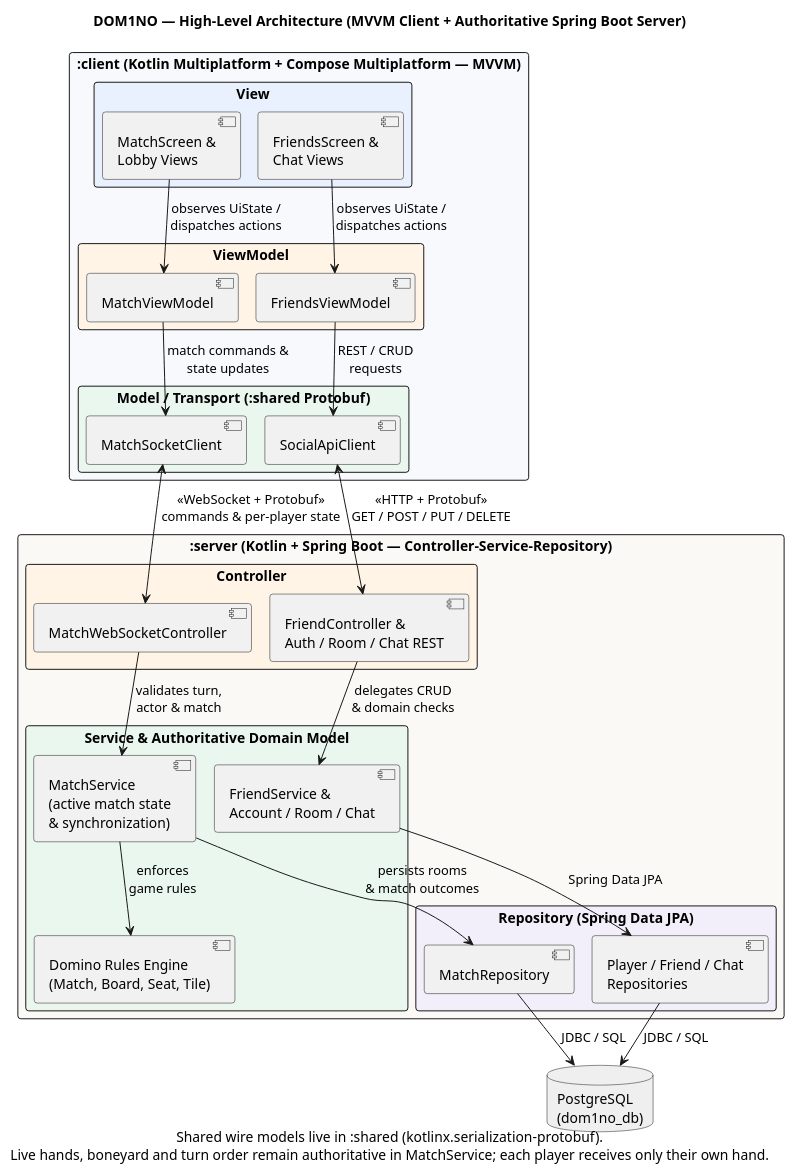
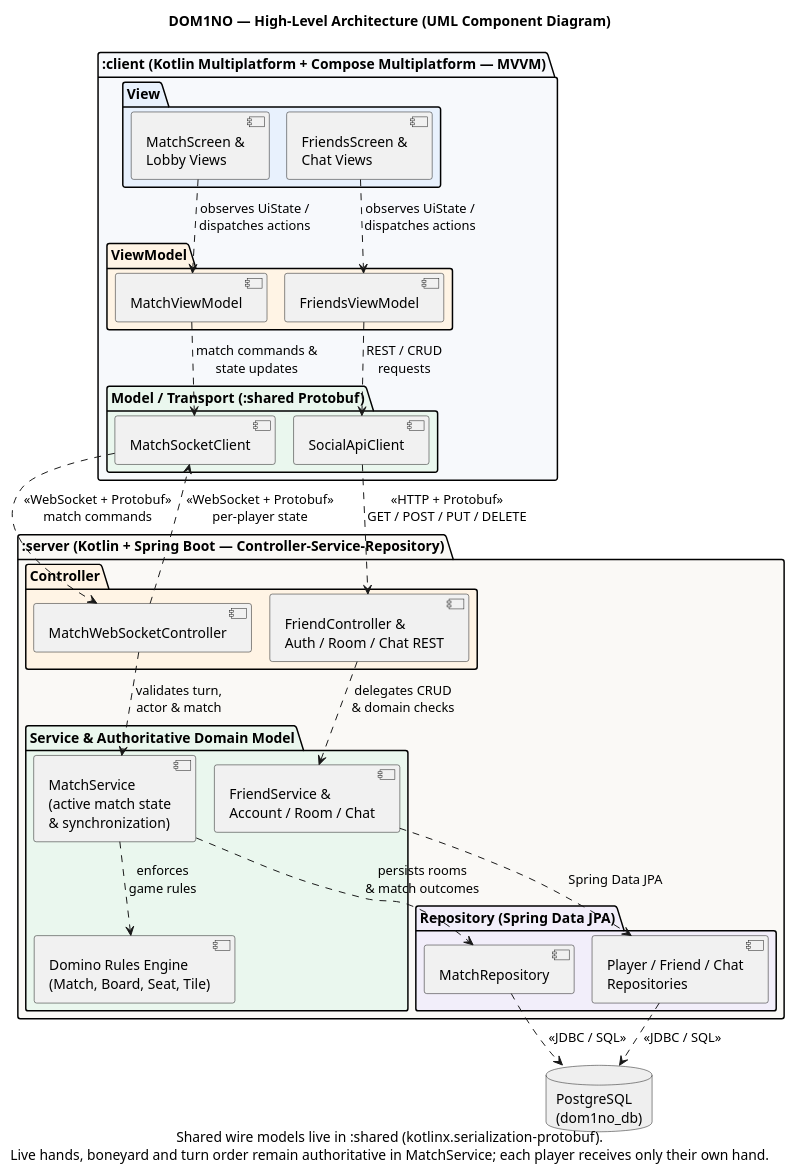
The diagram in docs/diagrams/architecture-overview.puml (fearless-dhbw/dom1no), drawn with PlantUML before and after one commit. The commit also changed 3 other files, not shown here.

Commit message:
DOM-43: align architecture overview and class diagrams with strict UML 2.5.1 notation

```diff
--- a/docs/diagrams/architecture-overview.puml
+++ b/docs/diagrams/architecture-overview.puml
@@ -1,67 +1,67 @@
 @startuml architecture-overview
 !pragma layout smetana
-title DOM1NO — High-Level Architecture (MVVM Client + Authoritative Spring Boot Server)
+title DOM1NO — High-Level Architecture (UML Component Diagram)
 top to bottom direction
 skinparam shadowing false
 skinparam defaultFontName SansSerif
-skinparam packageStyle rectangle
+skinparam packageStyle folder
 skinparam componentStyle uml2
-skinparam roundcorner 6
 skinparam nodesep 35
-skinparam ranksep 40
+skinparam ranksep 42
 
 package ":client (Kotlin Multiplatform + Compose Multiplatform — MVVM)" as Client #F7F9FC {
   package "View" as ClientView #E8F1FD {
     [MatchScreen &\nLobby Views] as MatchView
     [FriendsScreen &\nChat Views] as SocialView
   }
 
   package "ViewModel" as ClientVM #FFF4E5 {
     [MatchViewModel] as MatchVM
     [FriendsViewModel] as SocialVM
   }
 
   package "Model / Transport (:shared Protobuf)" as ClientNet #EAF7EE {
     [MatchSocketClient] as SocketClient
     [SocialApiClient] as HttpClient
   }
 
-  MatchView --> MatchVM : observes UiState /\ndispatches actions
-  SocialView --> SocialVM : observes UiState /\ndispatches actions
-  MatchVM --> SocketClient : match commands &\nstate updates
-  SocialVM --> HttpClient : REST / CRUD\nrequests
+  MatchView ..> MatchVM : observes UiState /\ndispatches actions
+  SocialView ..> SocialVM : observes UiState /\ndispatches actions
+  MatchVM ..> SocketClient : match commands &\nstate updates
+  SocialVM ..> HttpClient : REST / CRUD\nrequests
 }
 
 package ":server (Kotlin + Spring Boot — Controller–Service–Repository)" as Server #FAF9F6 {
   package "Controller" as ServerCtrl #FFF4E5 {
     [MatchWebSocketController] as WsCtrl
     [FriendController &\nAuth / Room / Chat REST] as RestCtrl
   }
 
   package "Service & Authoritative Domain Model" as ServerDomain #EAF7EE {
     [MatchService\n(active match state\n& synchronization)] as MatchSvc
     [Domino Rules Engine\n(Match, Board, Seat, Tile)] as Rules
     [FriendService &\nAccount / Room / Chat] as SocialSvc
   }
 
   package "Repository (Spring Data JPA)" as ServerRepo #F2EEFA {
     [MatchRepository] as MatchRepo
     [Player / Friend / Chat\nRepositories] as SocialRepo
   }
 
-  WsCtrl --> MatchSvc : validates turn,\nactor & match
-  MatchSvc --> Rules : enforces\ngame rules
-  MatchSvc --> MatchRepo : persists rooms\n& match outcomes
-  RestCtrl --> SocialSvc : delegates CRUD\n& domain checks
-  SocialSvc --> SocialRepo : Spring Data JPA
+  WsCtrl ..> MatchSvc : validates turn,\nactor & match
+  MatchSvc ..> Rules : enforces\ngame rules
+  MatchSvc ..> MatchRepo : persists rooms\n& match outcomes
+  RestCtrl ..> SocialSvc : delegates CRUD\n& domain checks
+  SocialSvc ..> SocialRepo : Spring Data JPA
 }
 
 database "PostgreSQL\n(dom1no_db)" as DB #EFEFEF
 
-SocketClient <--> WsCtrl : <<WebSocket + Protobuf>>\ncommands & per-player state
-HttpClient <--> RestCtrl : <<HTTP + Protobuf>>\nGET / POST / PUT / DELETE
-MatchRepo --> DB : JDBC / SQL
-SocialRepo --> DB : JDBC / SQL
+SocketClient ..> WsCtrl : <<WebSocket + Protobuf>>\nmatch commands
+WsCtrl ..> SocketClient : <<WebSocket + Protobuf>>\nper-player state
+HttpClient ..> RestCtrl : <<HTTP + Protobuf>>\nGET / POST / PUT / DELETE
+MatchRepo ..> DB : <<JDBC / SQL>>
+SocialRepo ..> DB : <<JDBC / SQL>>
 
 caption Shared wire models live in :shared (kotlinx.serialization-protobuf).\nLive hands, boneyard and turn order remain authoritative in MatchService; each player receives only their own hand.
 @enduml
```
